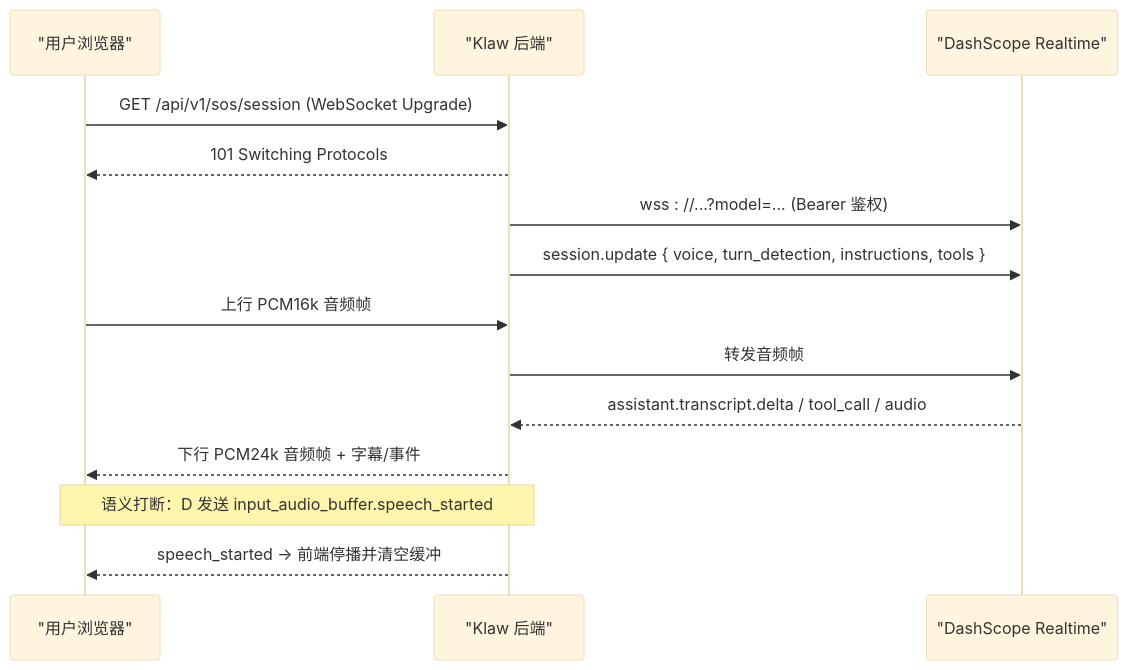
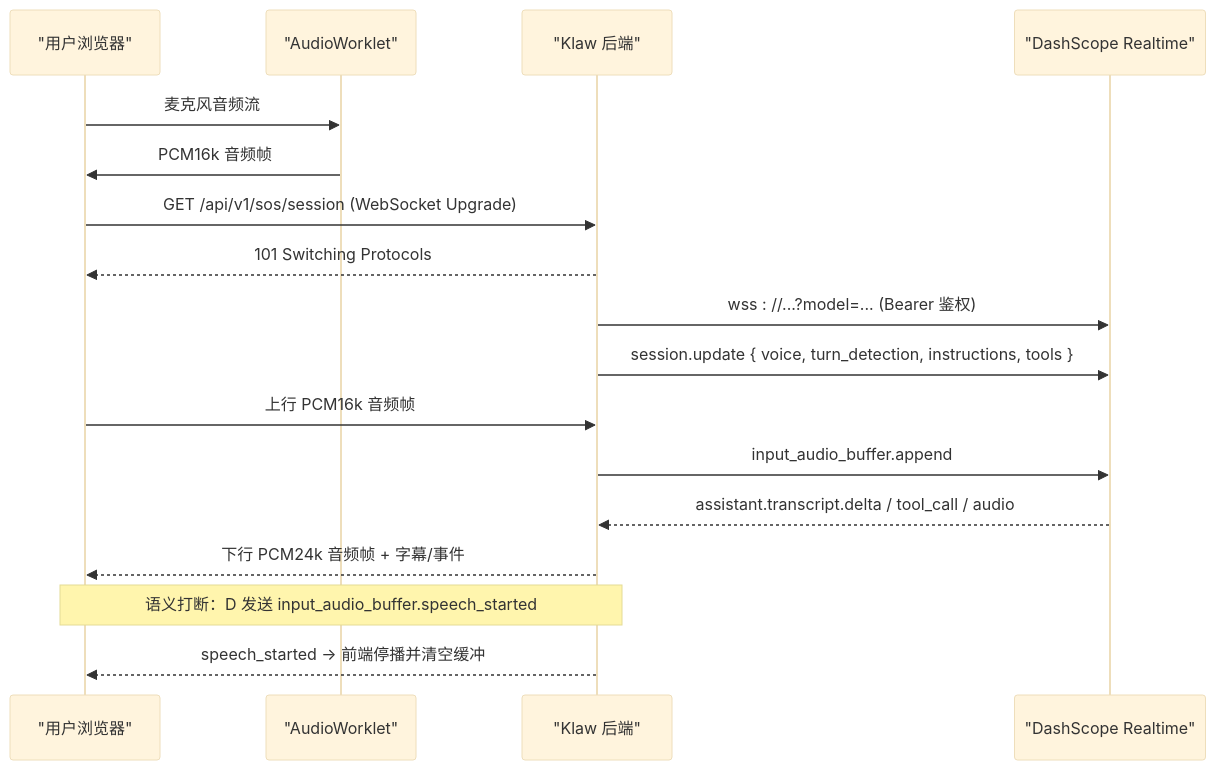
The second of 8 diagrams in .qoder/repowiki/zh/content/Web前端应用/SOS紧急语音对话模式设计.md (kudig-io/klaw), drawn with Mermaid (base theme) before and after one commit. The commit also changed other lines of this file and 257 other files, not shown here.

````diff
--- a/.qoder/repowiki/zh/content/Web前端应用/SOS紧急语音对话模式设计.md
+++ b/.qoder/repowiki/zh/content/Web前端应用/SOS紧急语音对话模式设计.md
@@ -89,16 +100,19 @@
 ```mermaid
 sequenceDiagram
 participant U as "用户浏览器"
+participant A as "AudioWorklet"
 participant S as "Klaw 后端"
 participant D as "DashScope Realtime"
+U->>A : 麦克风音频流
+A->>U : PCM16k 音频帧
 U->>S : GET /api/v1/sos/session (WebSocket Upgrade)
 S-->>U : 101 Switching Protocols
 S->>D : wss : //...?model=... (Bearer 鉴权)
 S->>D : session.update { voice, turn_detection, instructions, tools }
 U->>S : 上行 PCM16k 音频帧
-S->>D : 转发音频帧
+S->>D : input_audio_buffer.append
 D-->>S : assistant.transcript.delta / tool_call / audio
 S-->>U : 下行 PCM24k 音频帧 + 字幕/事件
 Note over U,S : 语义打断：D 发送 input_audio_buffer.speech_started
 S-->>U : speech_started → 前端停播并清空缓冲
 ```
````
